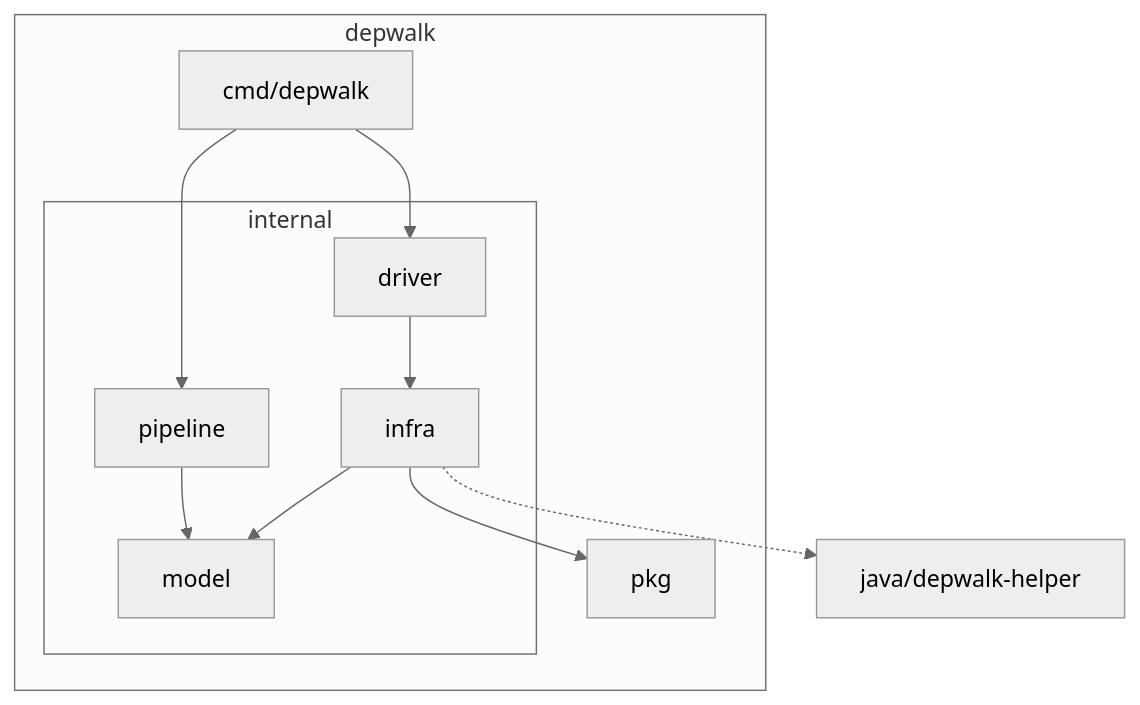
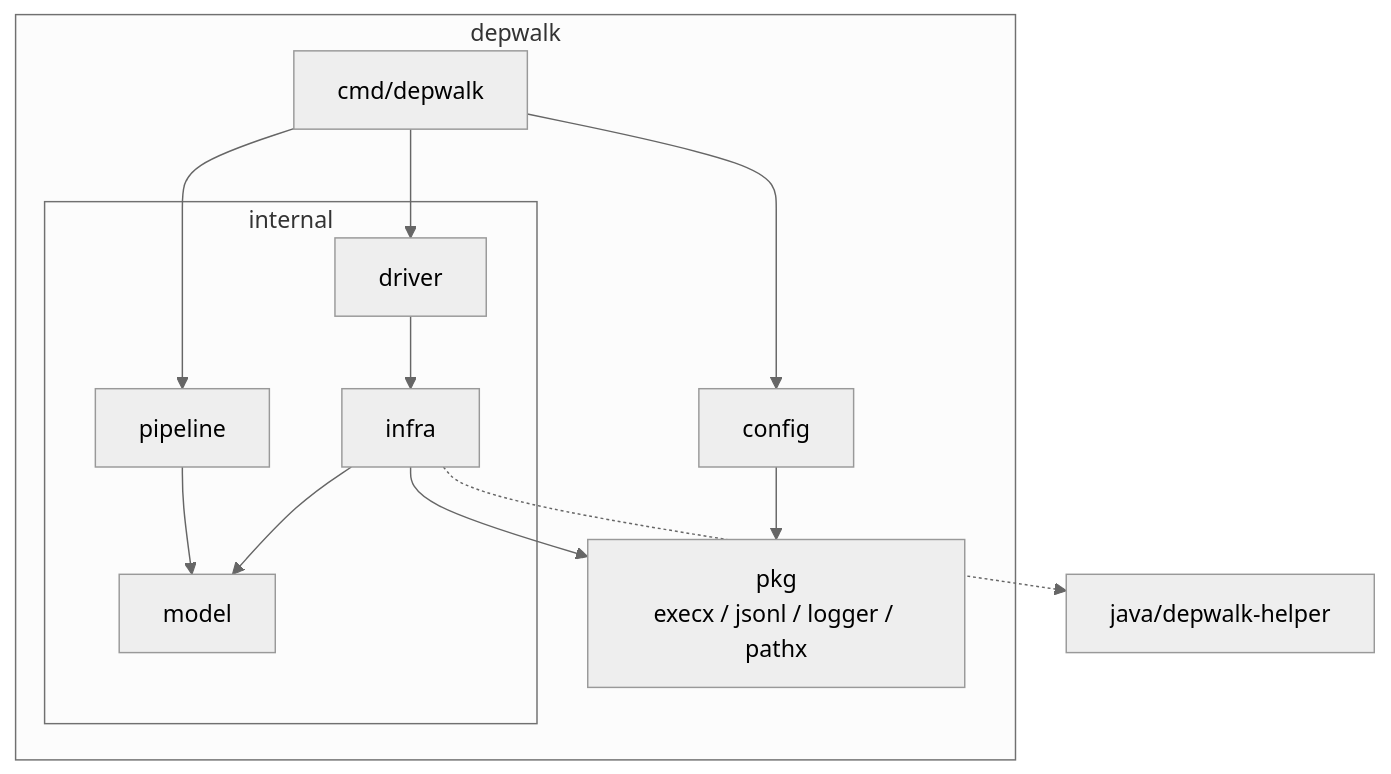
One commit to Fukuemon/depwalk changed the first of 3 diagrams in docs/README.md. Above: the diagram before and after it, drawn with Mermaid (neutral theme). The commit also changed 12 other files, not shown here.

````diff
--- a/docs/README.md
+++ b/docs/README.md
@@ -15,25 +15,28 @@
 ```mermaid
 graph TD
     subgraph "depwalk"
         CMD[cmd/depwalk]
+        CONFIG[config]
 
         subgraph "internal"
             PIPELINE[pipeline]
             MODEL[model]
             DRIVER[driver]
             INFRA[infra]
         end
 
-        PKG[pkg]
+        PKG[pkg<br/>execx / jsonl / logger / pathx]
     end
 
     JAVA[java/depwalk-helper]
 
+    CMD --> CONFIG
     CMD --> PIPELINE
     CMD --> DRIVER
+    CONFIG --> PKG
     PIPELINE --> MODEL
     DRIVER --> INFRA
     INFRA --> MODEL
     INFRA --> PKG
     INFRA -.-> JAVA
 ```
````
